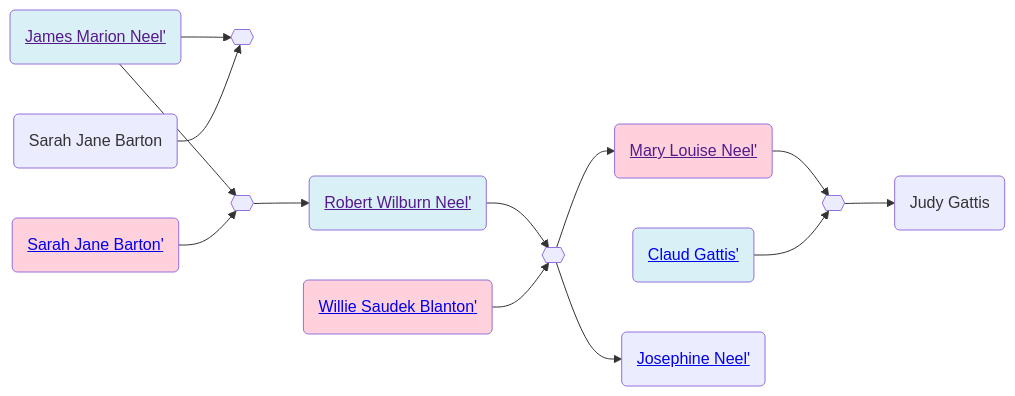
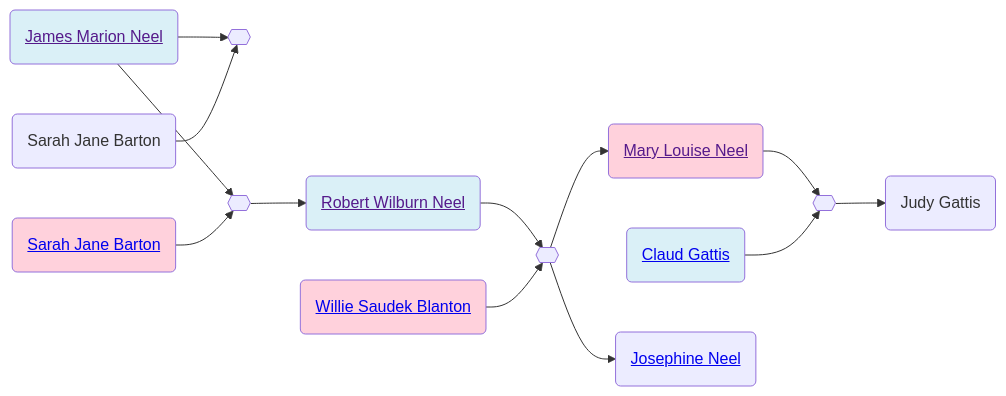
One commit to neelsmith/avocational changed the second of 2 diagrams in familyhistory/sources/people/Neel-line/James_Marion_Neel.qmd. Above: the diagram before and after it, drawn with Mermaid. The commit also changed other lines of this file and 96 other files, not shown here.

````diff
--- a/familyhistory/sources/people/Neel-line/James_Marion_Neel.qmd
+++ b/familyhistory/sources/people/Neel-line/James_Marion_Neel.qmd
@@ -48,32 +48,32 @@
 ```{mermaid}
 graph LR
 %% LR descendant diagram
 class James_Marion_Neel_and__Sarah_Jane_Barton marriage
-James_Marion_Neel(<a href=''>James Marion Neel'</>) --> James_Marion_Neel_and__Sarah_Jane_Barton{{ }}
+James_Marion_Neel(<a href=''>James Marion Neel</a>) --> James_Marion_Neel_and__Sarah_Jane_Barton{{ }}
 _Sarah_Jane_Barton( Sarah Jane Barton) --> James_Marion_Neel_and__Sarah_Jane_Barton{{ }}
 class James_Marion_Neel_and_Sarah_Jane_Barton marriage
-James_Marion_Neel(<a href=''>James Marion Neel'</>) --> James_Marion_Neel_and_Sarah_Jane_Barton{{ }}
-Sarah_Jane_Barton(<a href='./Sarah_Jane_Barton.html'>Sarah Jane Barton'</>) --> James_Marion_Neel_and_Sarah_Jane_Barton{{ }}
+James_Marion_Neel(<a href=''>James Marion Neel</a>) --> James_Marion_Neel_and_Sarah_Jane_Barton{{ }}
+Sarah_Jane_Barton(<a href='./Sarah_Jane_Barton.html'>Sarah Jane Barton</a>) --> James_Marion_Neel_and_Sarah_Jane_Barton{{ }}
 class James_Marion_Neel father
 class Sarah_Jane_Barton mother
-James_Marion_Neel_and_Sarah_Jane_Barton{{ }} --> Robert_Wilburn_Neel(<a href='./Robert_Wilburn_Neel.html'>Robert Wilburn Neel'</>)
+James_Marion_Neel_and_Sarah_Jane_Barton{{ }} --> Robert_Wilburn_Neel(<a href='./Robert_Wilburn_Neel.html'>Robert Wilburn Neel</a>)
 class Robert_Wilburn_Neel_and_Willie_Saudek_Blanton marriage
-Robert_Wilburn_Neel(<a href=''>Robert Wilburn Neel'</>) --> Robert_Wilburn_Neel_and_Willie_Saudek_Blanton{{ }}
-Willie_Saudek_Blanton(<a href='./Blanton-line/Willie_Saudek_Blanton.html'>Willie Saudek Blanton'</>) --> Robert_Wilburn_Neel_and_Willie_Saudek_Blanton{{ }}
+Robert_Wilburn_Neel(<a href=''>Robert Wilburn Neel</a>) --> Robert_Wilburn_Neel_and_Willie_Saudek_Blanton{{ }}
+Willie_Saudek_Blanton(<a href='./Blanton-line/Willie_Saudek_Blanton.html'>Willie Saudek Blanton</a>) --> Robert_Wilburn_Neel_and_Willie_Saudek_Blanton{{ }}
 class Robert_Wilburn_Neel father
 class Willie_Saudek_Blanton mother
-Robert_Wilburn_Neel_and_Willie_Saudek_Blanton{{ }} --> Mary_Louise_Neel(<a href='./Mary_Louise_Neel.html'>Mary Louise Neel'</>)
+Robert_Wilburn_Neel_and_Willie_Saudek_Blanton{{ }} --> Mary_Louise_Neel(<a href='./Mary_Louise_Neel.html'>Mary Louise Neel</a>)
 class Mary_Louise_Neel_and_Claud_Gattis marriage
-Mary_Louise_Neel(<a href=''>Mary Louise Neel'</>) --> Mary_Louise_Neel_and_Claud_Gattis{{ }}
-Claud_Gattis(<a href='./../Gattis-line/Claud_Gattis.html'>Claud Gattis'</>) --> Mary_Louise_Neel_and_Claud_Gattis{{ }}
+Mary_Louise_Neel(<a href=''>Mary Louise Neel</a>) --> Mary_Louise_Neel_and_Claud_Gattis{{ }}
+Claud_Gattis(<a href='./../Gattis-line/Claud_Gattis.html'>Claud Gattis</a>) --> Mary_Louise_Neel_and_Claud_Gattis{{ }}
 class Claud_Gattis father
 class Mary_Louise_Neel mother
 Mary_Louise_Neel_and_Claud_Gattis{{ }} --> Judy_Gattis(Judy Gattis)
 class Robert_Wilburn_Neel father
 class Willie_Saudek_Blanton mother
-Robert_Wilburn_Neel_and_Willie_Saudek_Blanton{{ }} --> Josephine_Neel(<a href='./Josephine_Neel.html'>Josephine Neel'</>)
+Robert_Wilburn_Neel_and_Willie_Saudek_Blanton{{ }} --> Josephine_Neel(<a href='./Josephine_Neel.html'>Josephine Neel</a>)
 classDef mother fill:#ffd1dc
 classDef father fill:#daf0f7  
 classDef marriage fill:#ffffff
 
 ```
````
